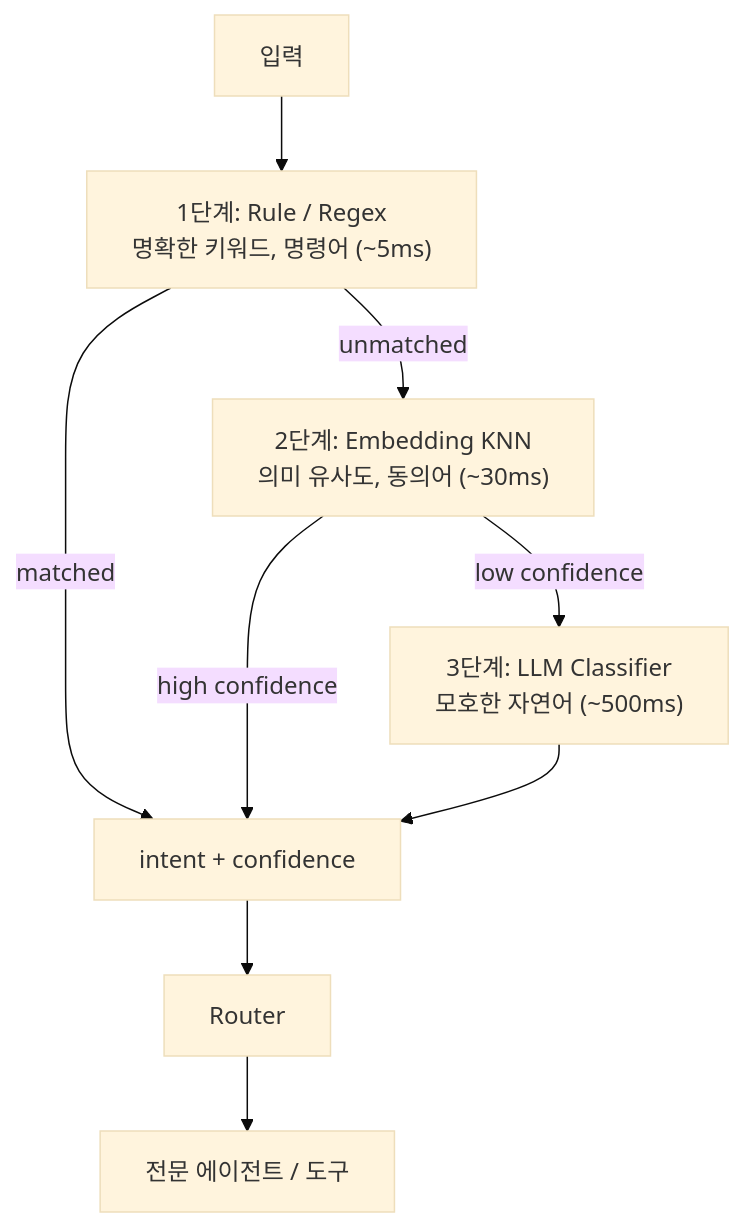
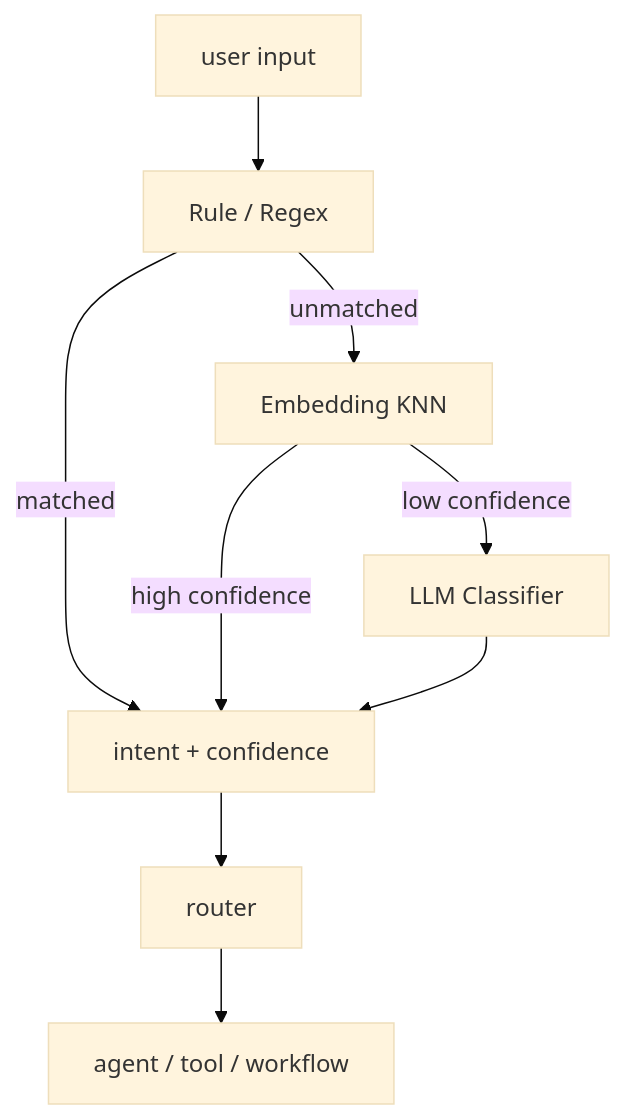
Before and after one commit to kscold/Obsidian: the first of 2 diagrams in Python/ai_agent/Components/Intent Classification.md, drawn with Mermaid (base theme). The commit also changed other lines of this file and 72 other files, not shown here.

````diff
--- a/Python/ai_agent/Components/Intent Classification.md
+++ b/Python/ai_agent/Components/Intent Classification.md
@@ -11,17 +24,17 @@
 ```mermaid
 flowchart TD
-    Input["입력"]
-    Rule["1단계: Rule / Regex<br/>명확한 키워드, 명령어 (~5ms)"]
-    Embedding["2단계: Embedding KNN<br/>의미 유사도, 동의어 (~30ms)"]
-    LLM["3단계: LLM Classifier<br/>모호한 자연어 (~500ms)"]
+    Input["user input"]
+    Rule["Rule / Regex"]
+    Embedding["Embedding KNN"]
+    LLM["LLM Classifier"]
     Result["intent + confidence"]
-    Router["Router"]
-    Specialist["전문 에이전트 / 도구"]
+    Router["router"]
+    Target["agent / tool / workflow"]
 
     Input --> Rule
-    Rule -- "unmatched" --> Embedding
-    Embedding -- "low confidence" --> LLM
-    Rule -- "matched" --> Result
-    Embedding -- "high confidence" --> Result
-    LLM --> Result --> Router --> Specialist
+    Rule -- unmatched --> Embedding
+    Embedding -- low confidence --> LLM
+    Rule -- matched --> Result
+    Embedding -- high confidence --> Result
+    LLM --> Result --> Router --> Target
 ```
````
